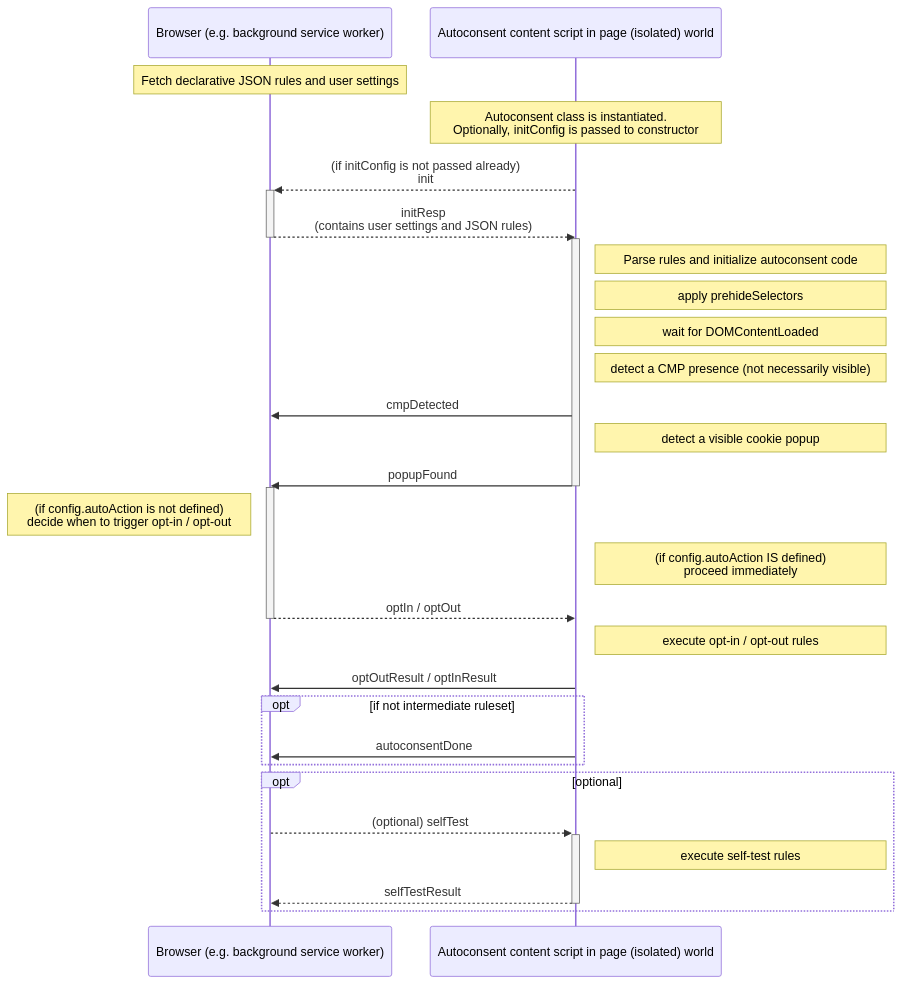
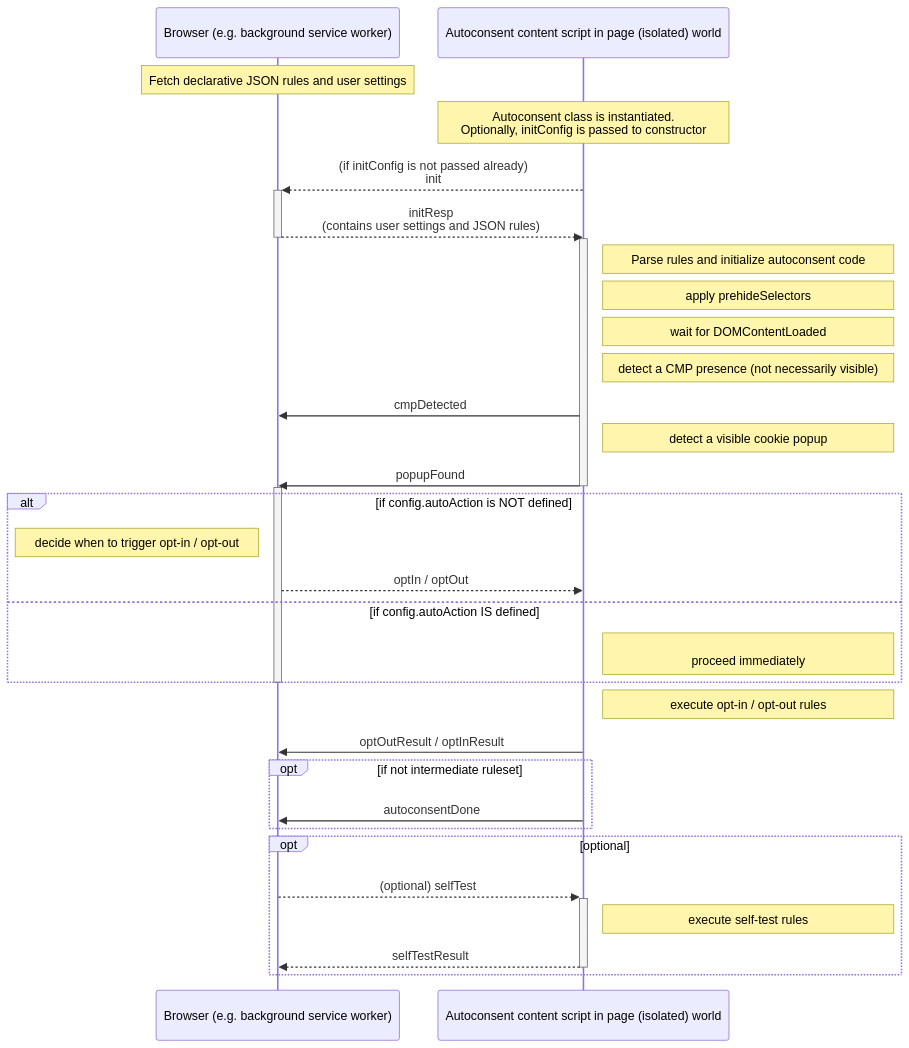
One commit to duckduckgo/autoconsent changed the first of 2 diagrams in api.md. Above: the diagram before and after it, drawn with Mermaid.

Commit message:
Minor changes in API diagram

````diff
--- a/api.md
+++ b/api.md
@@ -36,41 +36,45 @@
 ```mermaid
 
 sequenceDiagram
     participant BG as Browser (e.g. background service worker)
     participant CS as Autoconsent content script in page (isolated) world
 
     Note over BG: Fetch declarative JSON rules and user settings
     Note over CS: Autoconsent class is instantiated.<br/>Optionally, initConfig is passed to constructor
 
     CS -->>+ BG: (if initConfig is not passed already)<br/>init
     BG -->>- CS: initResp<br/>(contains user settings and JSON rules)
 
     activate CS
     Note right of CS: Parse rules and initialize autoconsent code
     Note right of CS: apply prehideSelectors
     Note right of CS: wait for DOMContentLoaded
     Note right of CS: detect a CMP presence (not necessarily visible)
 
     CS ->> BG: cmpDetected
     Note right of CS: detect a visible cookie popup
     CS ->> BG: popupFound
     deactivate CS
     activate BG
-    Note left of BG: (if config.autoAction is not defined)<br/>decide when to trigger opt-in / opt-out
-    Note right of CS: (if config.autoAction IS defined)<br/>proceed immediately
-    BG -->> CS: optIn / optOut
+    alt if config.autoAction is NOT defined
+        Note left of BG: decide when to trigger opt-in / opt-out
+        BG -->> CS: optIn / optOut
+    else if config.autoAction IS defined
+        Note right of CS: <br/>proceed immediately
+    end
+
     deactivate BG
 
     Note right of CS: execute opt-in / opt-out rules
     CS ->> BG: optOutResult / optInResult
 
     opt if not intermediate ruleset
         CS ->> BG: autoconsentDone
     end
 
     opt optional
         BG -->>+ CS: (optional) selfTest
         Note right of CS: execute self-test rules
         CS -->>- BG: selfTestResult
     end
 ```
````
